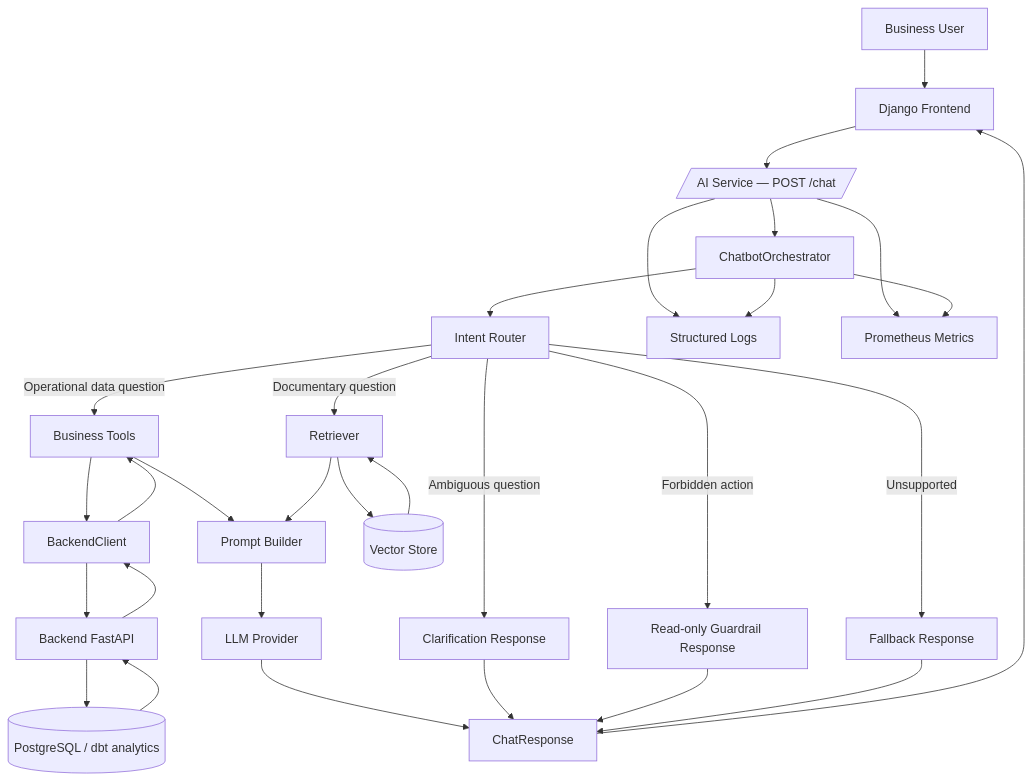
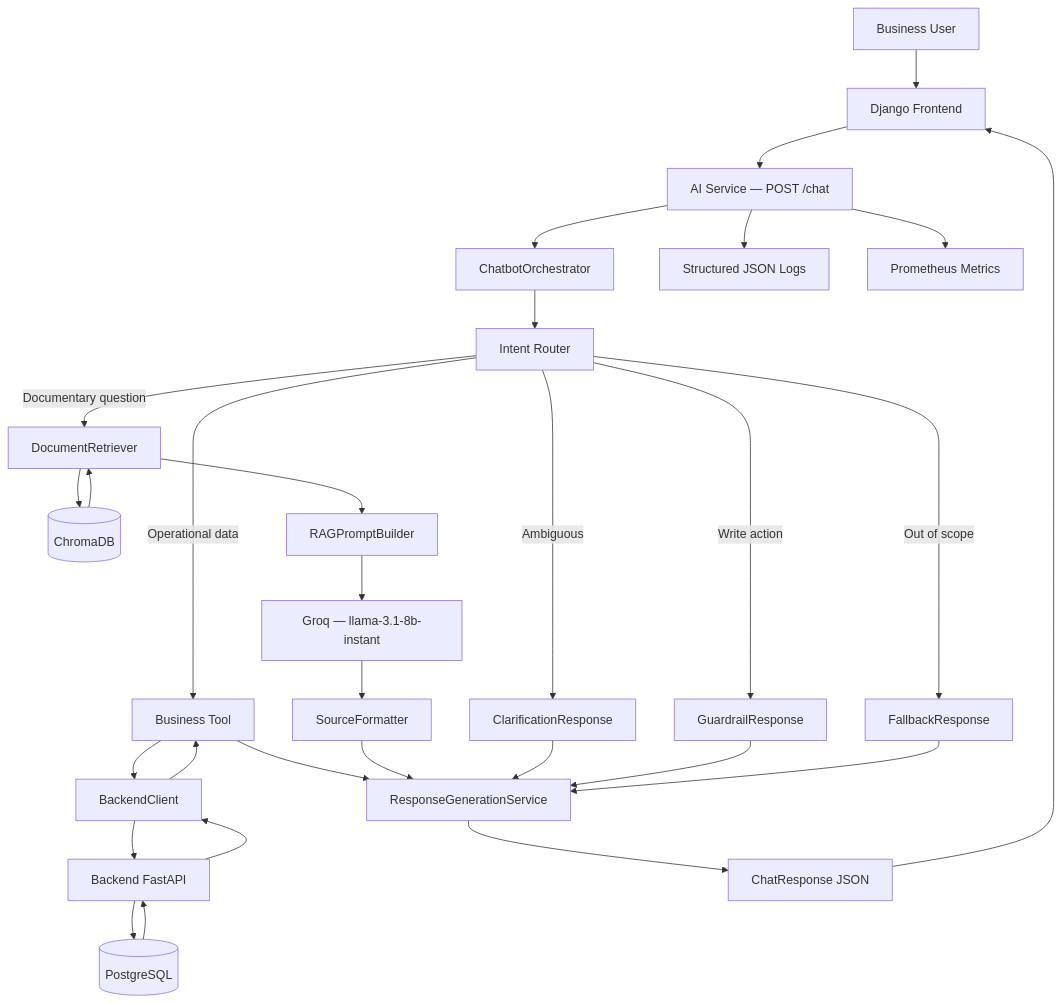
One commit to Khadaassi/pricing-control-tower changed the second of 5 diagrams in docs/03_architecture/ai_chatbot_hybrid_rag_architecture.md. Above: the diagram before and after it, drawn with Mermaid. The commit also changed other lines of this file and 1 other file, not shown here.

First line of the commit message:
Add validation document for chatbot business use cases post Sprint 13

````diff
--- a/docs/03_architecture/ai_chatbot_hybrid_rag_architecture.md
+++ b/docs/03_architecture/ai_chatbot_hybrid_rag_architecture.md
@@ -52,37 +365,36 @@
 ```mermaid
 flowchart TD
     U[Business User] --> F[Django Frontend]
-    F --> C[/AI Service — POST /chat/]
+    F --> C[AI Service — POST /chat]
     C --> O[ChatbotOrchestrator]
     O --> R[Intent Router]
 
-    R -->|Operational data question| T[Business Tools]
+    R -->|Operational data| T[Business Tool]
     T --> BC[BackendClient]
     BC --> API[Backend FastAPI]
-    API --> DB[(PostgreSQL / dbt analytics)]
-    DB --> API
-    API --> BC
-    BC --> T
-    T --> PB[Prompt Builder]
+    API --> DB[(PostgreSQL)]
+    DB --> API --> BC --> T
 
-    R -->|Documentary question| RET[Retriever]
-    RET --> VS[(Vector Store)]
+    R -->|Documentary question| RET[DocumentRetriever]
+    RET --> VS[(ChromaDB)]
     VS --> RET
-    RET --> PB
+    RET --> PB[RAGPromptBuilder]
+    PB --> LLM[Groq — llama-3.1-8b-instant]
+    LLM --> SF[SourceFormatter]
 
-    R -->|Ambiguous question| CL[Clarification Response]
-    R -->|Forbidden action| G[Read-only Guardrail Response]
-    R -->|Unsupported| FB[Fallback Response]
+    R -->|Ambiguous| CL[ClarificationResponse]
+    R -->|Write action| G[GuardrailResponse]
+    R -->|Out of scope| FB[FallbackResponse]
 
-    PB --> LLM[LLM Provider]
-    LLM --> RESP[ChatResponse]
-    CL --> RESP
-    G --> RESP
-    FB --> RESP
+    T --> RS[ResponseGenerationService]
+    SF --> RS
+    CL --> RS
+    G --> RS
+    FB --> RS
+
+    RS --> RESP[ChatResponse JSON]
     RESP --> F
 
-    C --> LOG[Structured Logs]
+    C --> LOG[Structured JSON Logs]
     C --> MET[Prometheus Metrics]
-    O --> LOG
-    O --> MET
 ```
````
